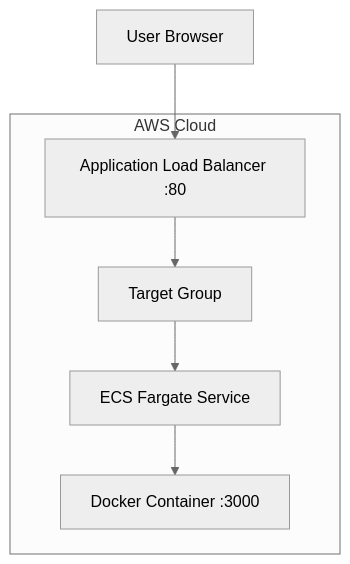
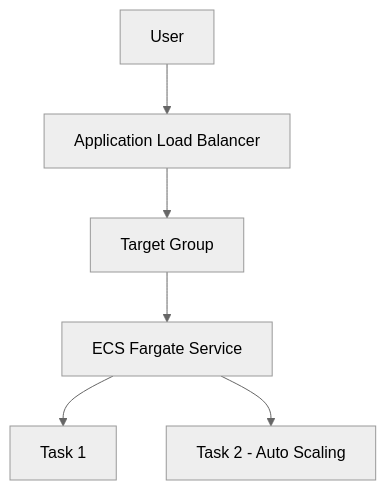
The first of 5 diagrams in README.md (wandytorres/aws-cloud-journey), drawn with Mermaid (neutral theme) before and after one commit. The commit also changed other lines of this file, not shown here.

````diff
--- a/README.md
+++ b/README.md
@@ -11,14 +11,8 @@
 ```mermaid
 flowchart TD
-    A[User Browser] --> B[Application Load Balancer :80]
+    A[User] --> B[Application Load Balancer]
     B --> C[Target Group]
     C --> D[ECS Fargate Service]
-    D --> E[Docker Container :3000]
-
-    subgraph AWS Cloud
-        B
-        C
-        D
-        E
-    end
+    D --> E[Task 1]
+    D --> F[Task 2 - Auto Scaling]
 ```
````
